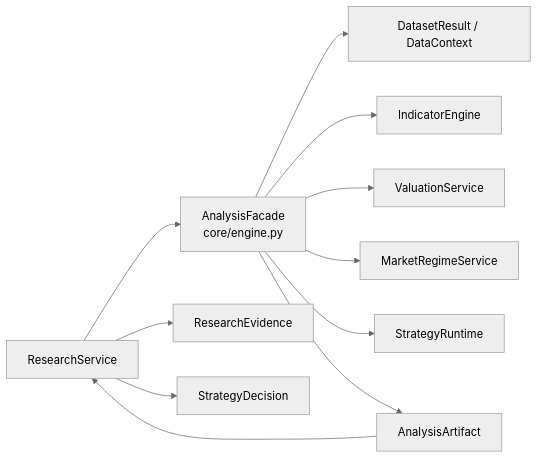
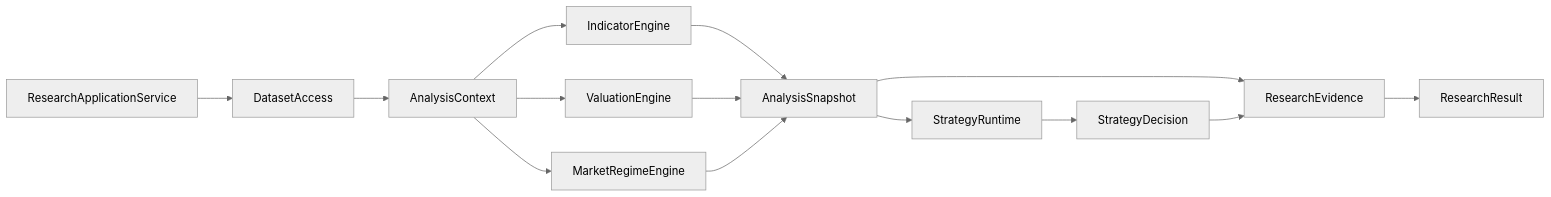
Before and after one commit to fewhg3yhjt/stock-data-analyse: the fifth of 10 diagrams in docs/TARGET_ARCHITECTURE.md, drawn with Mermaid (neutral theme). The commit also changed other lines of this file and 1 other file, not shown here.

Commit message:
docs: reset target architecture for new project

````diff
--- a/docs/TARGET_ARCHITECTURE.md
+++ b/docs/TARGET_ARCHITECTURE.md
@@ -314,13 +357,16 @@
 ```mermaid
 flowchart LR
-    RESEARCH[ResearchService] --> ENGINE[AnalysisFacade\ncore/engine.py]
-    ENGINE --> DATA[DatasetResult / DataContext]
-    ENGINE --> IND[IndicatorEngine]
-    ENGINE --> VAL[ValuationService]
-    ENGINE --> MARKET[MarketRegimeService]
-    ENGINE --> STR[StrategyRuntime]
-    ENGINE --> ART[AnalysisArtifact]
-    ART --> RESEARCH
-    RESEARCH --> EVIDENCE[ResearchEvidence]
-    RESEARCH --> DECISION[StrategyDecision]
+    RS[ResearchApplicationService] --> LOAD[DatasetAccess]
+    LOAD --> CTX[AnalysisContext]
+    CTX --> IND[IndicatorEngine]
+    CTX --> VAL[ValuationEngine]
+    CTX --> REGIME[MarketRegimeEngine]
+    IND --> SNAP[AnalysisSnapshot]
+    VAL --> SNAP
+    REGIME --> SNAP
+    SNAP --> STR[StrategyRuntime]
+    STR --> DECISION[StrategyDecision]
+    SNAP --> EVIDENCE[ResearchEvidence]
+    DECISION --> EVIDENCE
+    EVIDENCE --> RESULT[ResearchResult]
 ```
````
